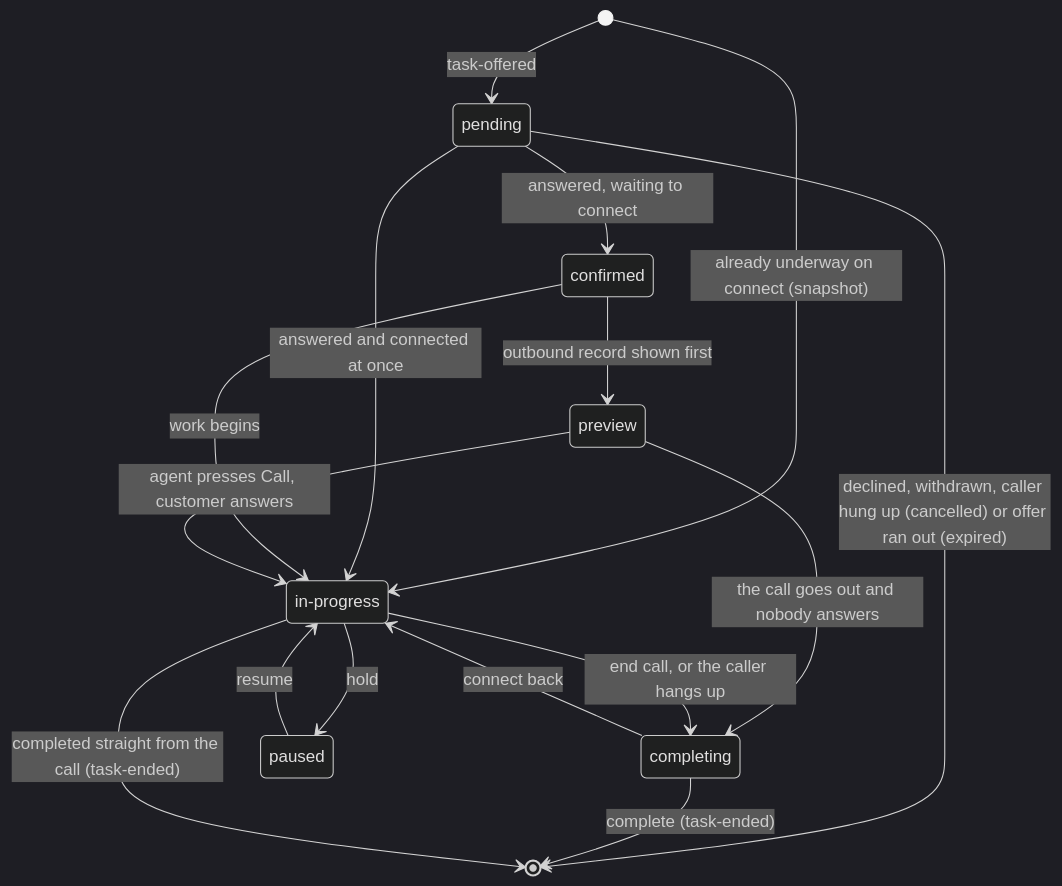
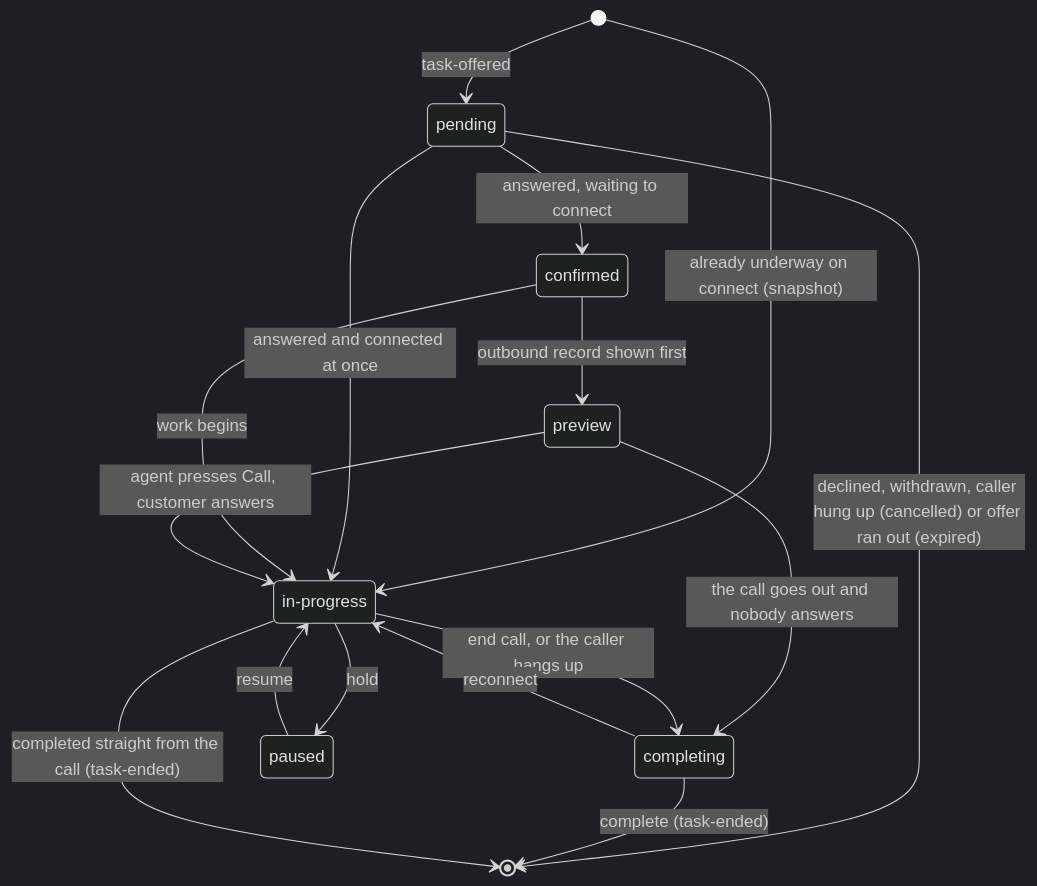
Before and after one commit to Inukollu/Omni-Protocol: the first of 3 diagrams in CALL_FLOW.md, drawn with Mermaid (dark theme). The commit also changed 18 other files, not shown here.

````diff
--- a/CALL_FLOW.md
+++ b/CALL_FLOW.md
@@ -9,20 +9,20 @@
 ```mermaid
 stateDiagram-v2
   [*] --> pending: task-offered
   [*] --> in_progress: already underway on connect (snapshot)
   pending --> confirmed: answered, waiting to connect
   pending --> in_progress: answered and connected at once
   pending --> [*]: declined, withdrawn, caller hung up (cancelled) or offer ran out (expired)
   confirmed --> preview: outbound record shown first
   confirmed --> in_progress: work begins
   preview --> in_progress: agent presses Call, customer answers
   preview --> completing: the call goes out and nobody answers
   in_progress --> paused: hold
   paused --> in_progress: resume
   in_progress --> completing: end call, or the caller hangs up
-  completing --> in_progress: connect back
+  completing --> in_progress: reconnect
   completing --> [*]: complete (task-ended)
   in_progress --> [*]: completed straight from the call (task-ended)
 
   state "in-progress" as in_progress
 ```
````
